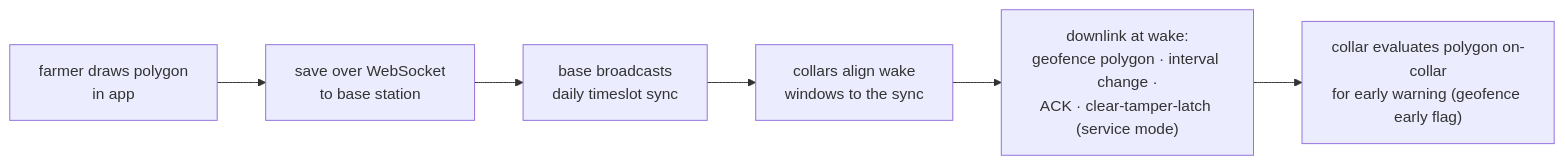
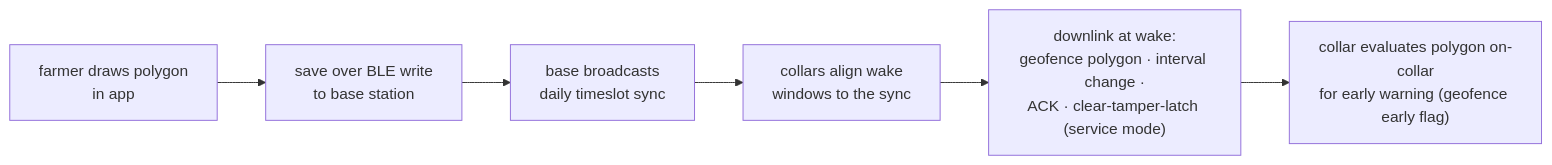
Before and after one commit to qppd/smart-collar: the fourth of 4 diagrams in docs/FLOWCHART.md, drawn with Mermaid. The commit also changed other lines of this file and 17 other files, not shown here.

First line of the commit message:
Docs: complete offline-first build guide with wiring diagram and Map Pack

````diff
--- a/docs/FLOWCHART.md
+++ b/docs/FLOWCHART.md
@@ -84,8 +91,8 @@
 ```mermaid
 flowchart LR
-    DRAW["farmer draws polygon<br/>in app"] --> SAVE["save over WebSocket<br/>to base station"]
+    DRAW["farmer draws polygon<br/>in app"] --> SAVE["save over BLE write<br/>to base station"]
     SAVE --> DAILY["base broadcasts<br/>daily timeslot sync"]
     DAILY --> WINDOW["collars align wake<br/>windows to the sync"]
     WINDOW --> DL["downlink at wake:<br/>geofence polygon · interval change ·<br/>ACK · clear-tamper-latch (service mode)"]
     DL --> EARLY["collar evaluates polygon on-collar<br/>for early warning (geofence early flag)"]
 ```
````
